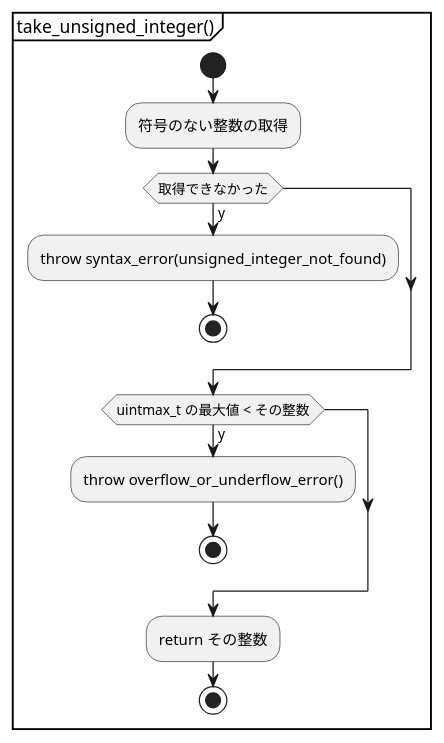
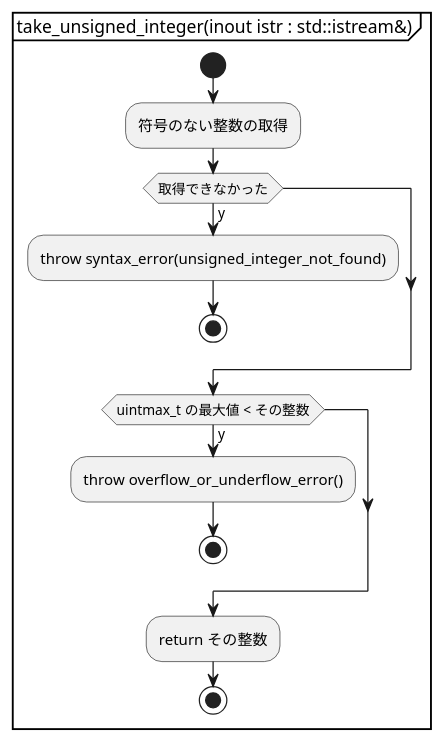
Before and after one commit to KodaiYM/PDFReader: the seventh of 7 diagrams in document/parser.activity.pu, drawn with PlantUML. The commit also changed other lines of this file and 2 other files, not shown here.

Commit message:
startxref 以下の解析部分の図をUMLの仕様に従って完成

```diff
--- a/document/parser.activity.pu
+++ b/document/parser.activity.pu
@@ -115,16 +116,16 @@
 @startuml take_unsigned_integer
-partition "take_unsigned_integer()" {
+partition "take_unsigned_integer(inout istr : std::istream&)" {
 start
 	:符号のない整数の取得;
 	if (取得できなかった) then (y)
 		:throw syntax_error(unsigned_integer_not_found);
 		stop
 	endif
 	if (uintmax_t の最大値 < その整数) then (y)
 		:throw overflow_or_underflow_error();
 		stop
 	endif
 	:return その整数;
 stop
 }
 @enduml
```
